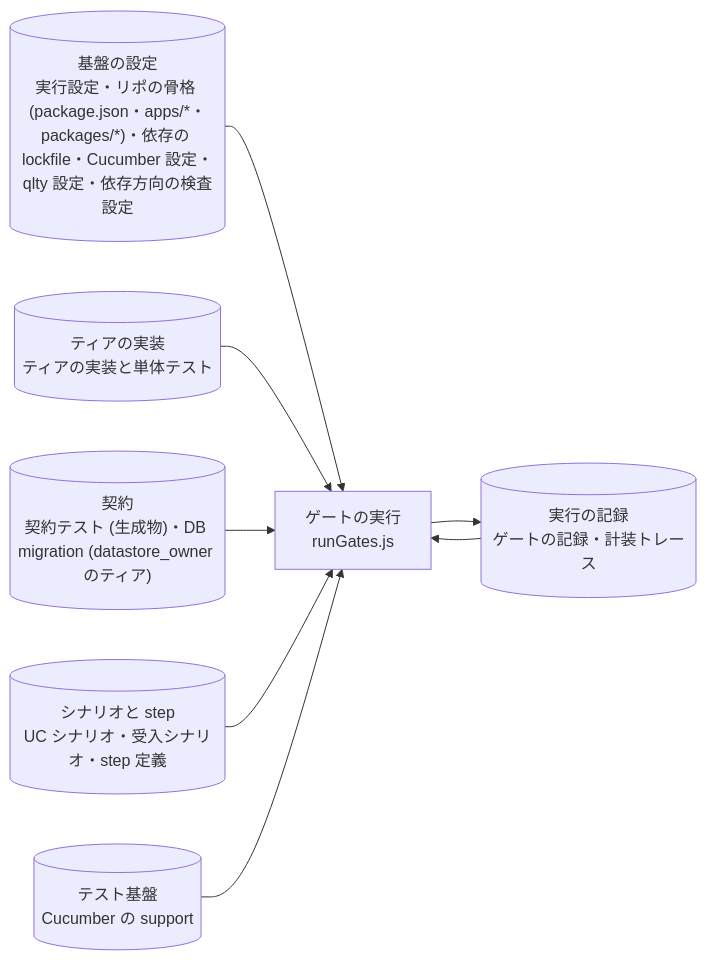
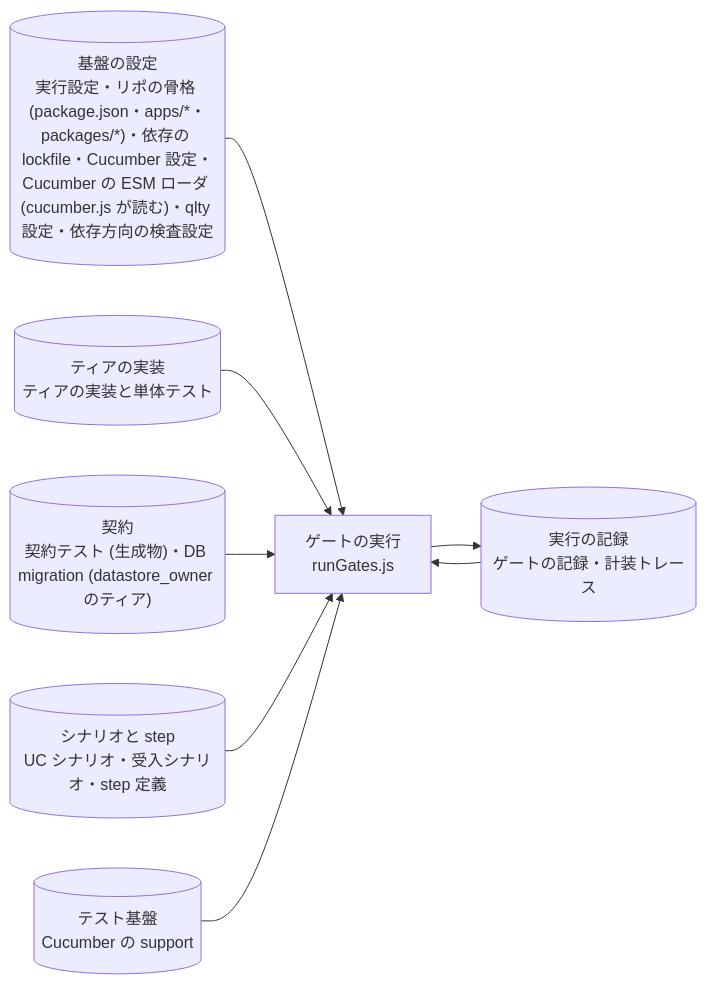
One commit to suwa-sh/suwa-sh-claude-plugins changed diagram 31 of 35 in plugins/distillery2/skills/d2-common/references/dataflow.md. Above: the diagram before and after it, drawn with Mermaid. The commit also changed other lines of this file and 15 other files, not shown here.

````diff
--- a/plugins/distillery2/skills/d2-common/references/dataflow.md
+++ b/plugins/distillery2/skills/d2-common/references/dataflow.md
@@ -757,17 +757,17 @@
 ```mermaid
 flowchart LR
   p_run_uc_gates["ゲートの実行<br/>runGates.js"]
-  g_settings[("基盤の設定<br/>実行設定・リポの骨格 (package.json・apps/*・packages/*)・依存の lockfile・Cucumber 設定・qlty 設定・依存方向の検査設定")]
+  g_settings[("基盤の設定<br/>実行設定・リポの骨格 (package.json・apps/*・packages/*)・依存の lockfile・Cucumber 設定・Cucumber の ESM ローダ (cucumber.js が読む)・qlty 設定・依存方向の検査設定")]
   g_code[("ティアの実装<br/>ティアの実装と単体テスト")]
   g_contracts[("契約<br/>契約テスト (生成物)・DB migration (datastore_owner のティア)")]
   g_scenarios[("シナリオと step<br/>UC シナリオ・受入シナリオ・step 定義")]
   g_test_infra[("テスト基盤<br/>Cucumber の support")]
   g_run[("実行の記録<br/>ゲートの記録・計装トレース")]
   g_settings --> p_run_uc_gates
   g_code --> p_run_uc_gates
   g_contracts --> p_run_uc_gates
   g_scenarios --> p_run_uc_gates
   g_test_infra --> p_run_uc_gates
   g_run --> p_run_uc_gates
   p_run_uc_gates --> g_run
 ```
````
